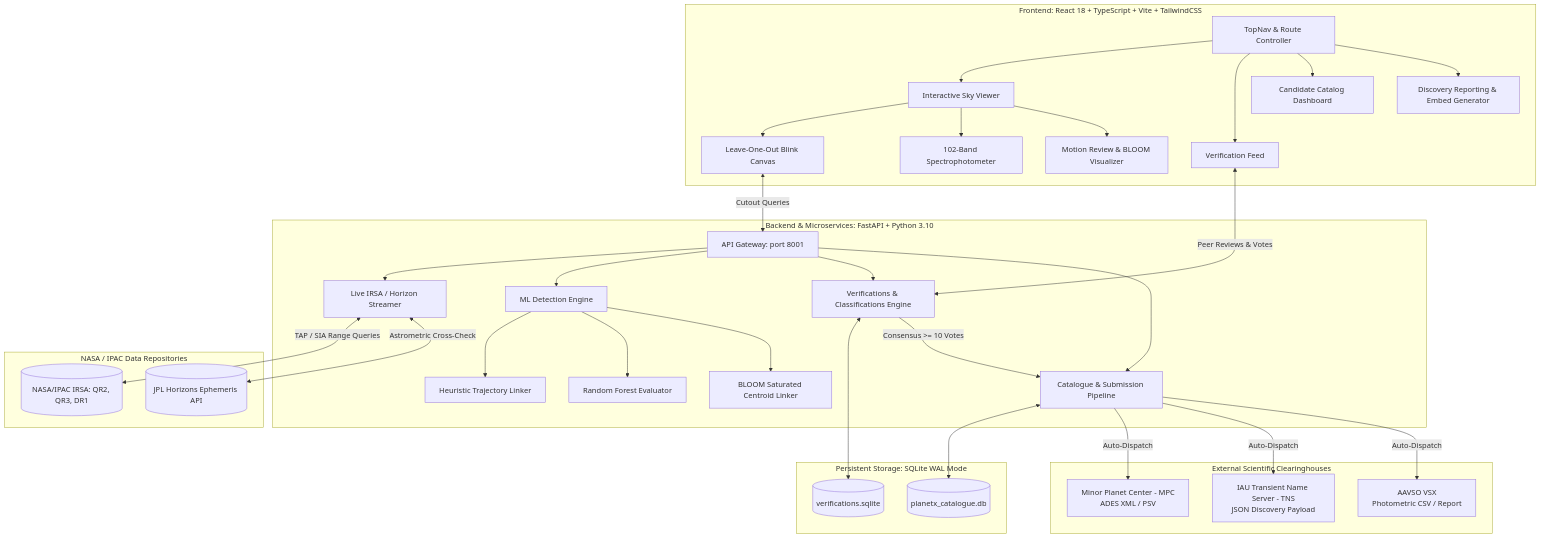
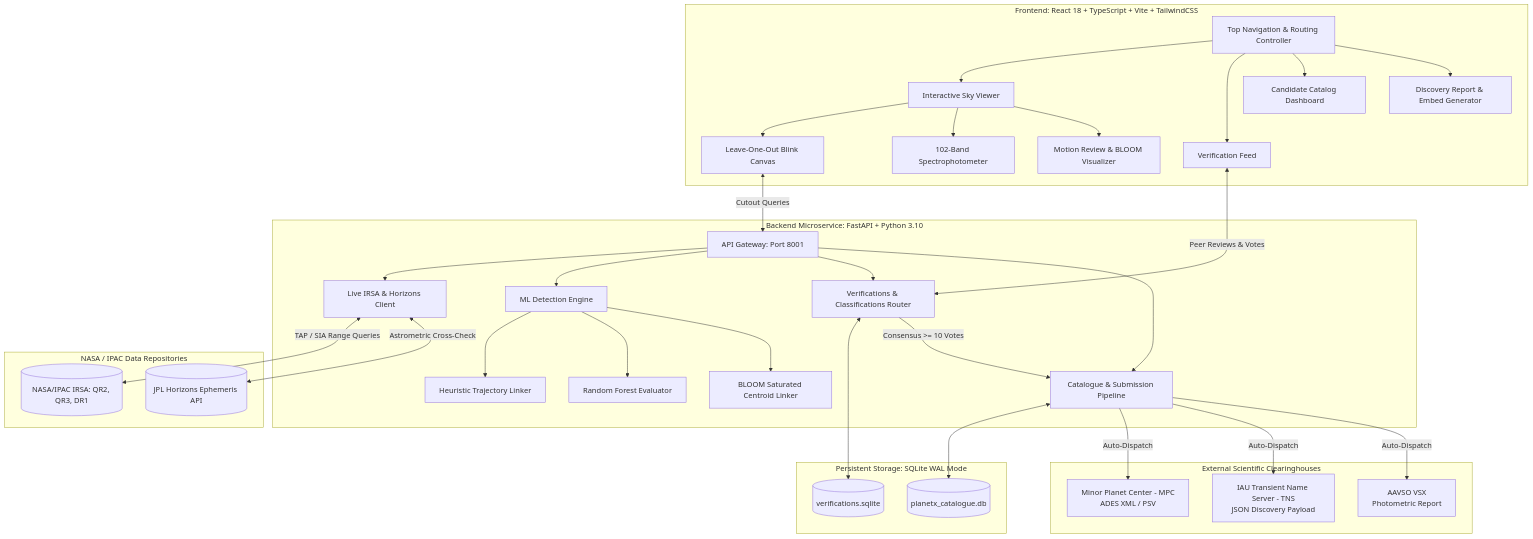
The diagram in README.md (Nirbaan13/team_showerless), drawn with Mermaid before and after one commit. The commit also changed other lines of this file, not shown here.

````diff
--- a/README.md
+++ b/README.md
@@ -34,49 +34,49 @@
 ```mermaid
 flowchart TD
     subgraph Client ["Frontend: React 18 + TypeScript + Vite + TailwindCSS"]
-        A[TopNav & Route Controller] --> B[Interactive Sky Viewer]
+        A[Top Navigation & Routing Controller] --> B[Interactive Sky Viewer]
         A --> C[Verification Feed]
         A --> D[Candidate Catalog Dashboard]
-        A --> E[Discovery Reporting & Embed Generator]
+        A --> E[Discovery Report & Embed Generator]
         B --> B1[Leave-One-Out Blink Canvas]
         B --> B2[102-Band Spectrophotometer]
         B --> B3[Motion Review & BLOOM Visualizer]
     end
 
-    subgraph Service ["Backend & Microservices: FastAPI + Python 3.10"]
-        F[API Gateway: port 8001] --> G[Live IRSA / Horizon Streamer]
+    subgraph Service ["Backend Microservice: FastAPI + Python 3.10"]
+        F[API Gateway: Port 8001] --> G[Live IRSA & Horizons Client]
         F --> H[ML Detection Engine]
-        F --> I[Verifications & Classifications Engine]
+        F --> I[Verifications & Classifications Router]
         F --> J[Catalogue & Submission Pipeline]
         H --> H1[Heuristic Trajectory Linker]
         H --> H2[Random Forest Evaluator]
         H --> H3[BLOOM Saturated Centroid Linker]
     end
 
     subgraph Archives ["NASA / IPAC Data Repositories"]
         K[(NASA/IPAC IRSA: QR2, QR3, DR1)]
         L[(JPL Horizons Ephemeris API)]
     end
 
     subgraph Persistence ["Persistent Storage: SQLite WAL Mode"]
         M[(verifications.sqlite)]
         N[(planetx_catalogue.db)]
     end
 
     subgraph Clearinghouses ["External Scientific Clearinghouses"]
         O[Minor Planet Center - MPC<br/>ADES XML / PSV]
         P[IAU Transient Name Server - TNS<br/>JSON Discovery Payload]
-        Q[AAVSO VSX<br/>Photometric CSV / Report]
+        Q[AAVSO VSX<br/>Photometric Report]
     end
 
     B1 <-->|Cutout Queries| F
     G <-->|TAP / SIA Range Queries| K
     G <-->|Astrometric Cross-Check| L
     C <-->|Peer Reviews & Votes| I
     I <--> M
     I -->|Consensus >= 10 Votes| J
     J <--> N
     J -->|Auto-Dispatch| O
     J -->|Auto-Dispatch| P
     J -->|Auto-Dispatch| Q
 ```
````
